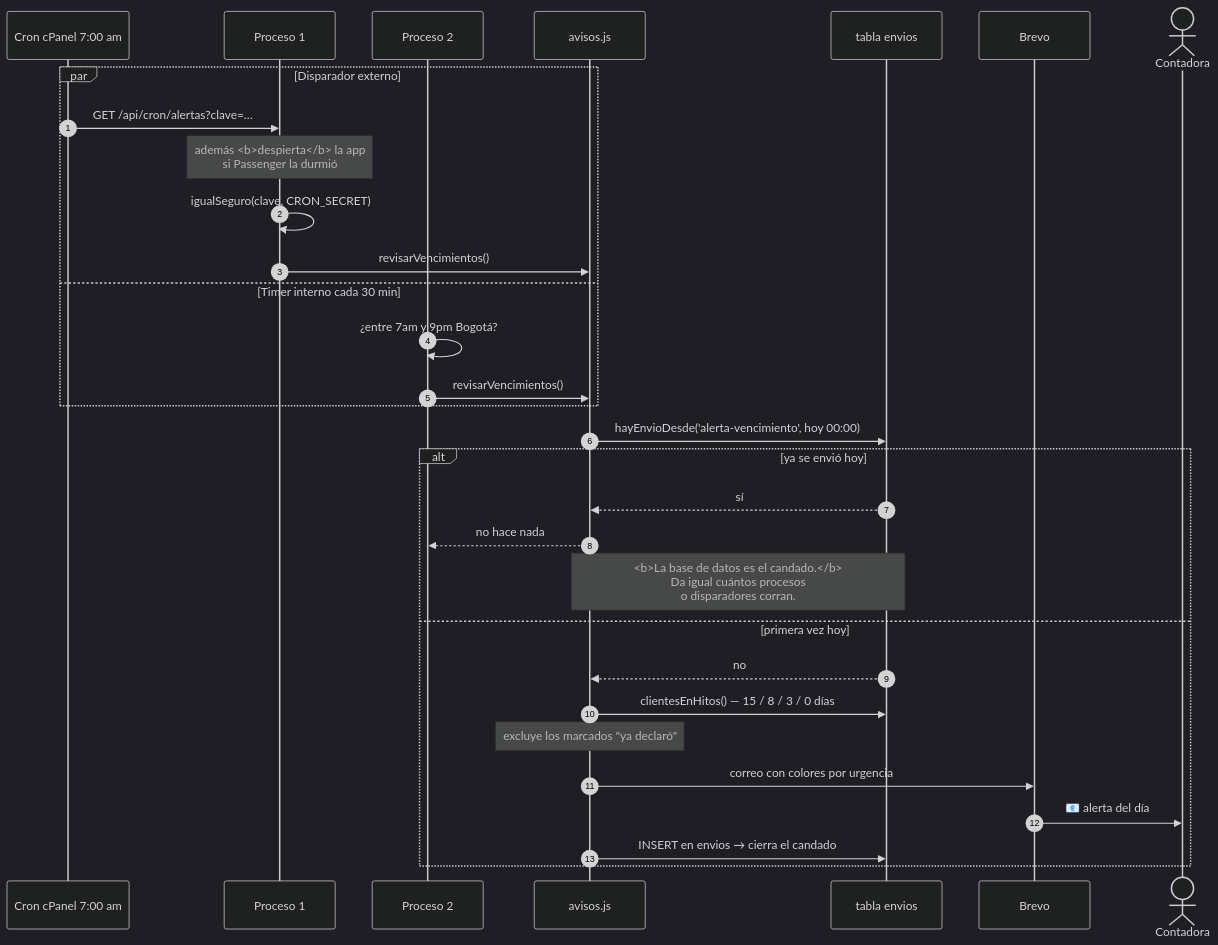
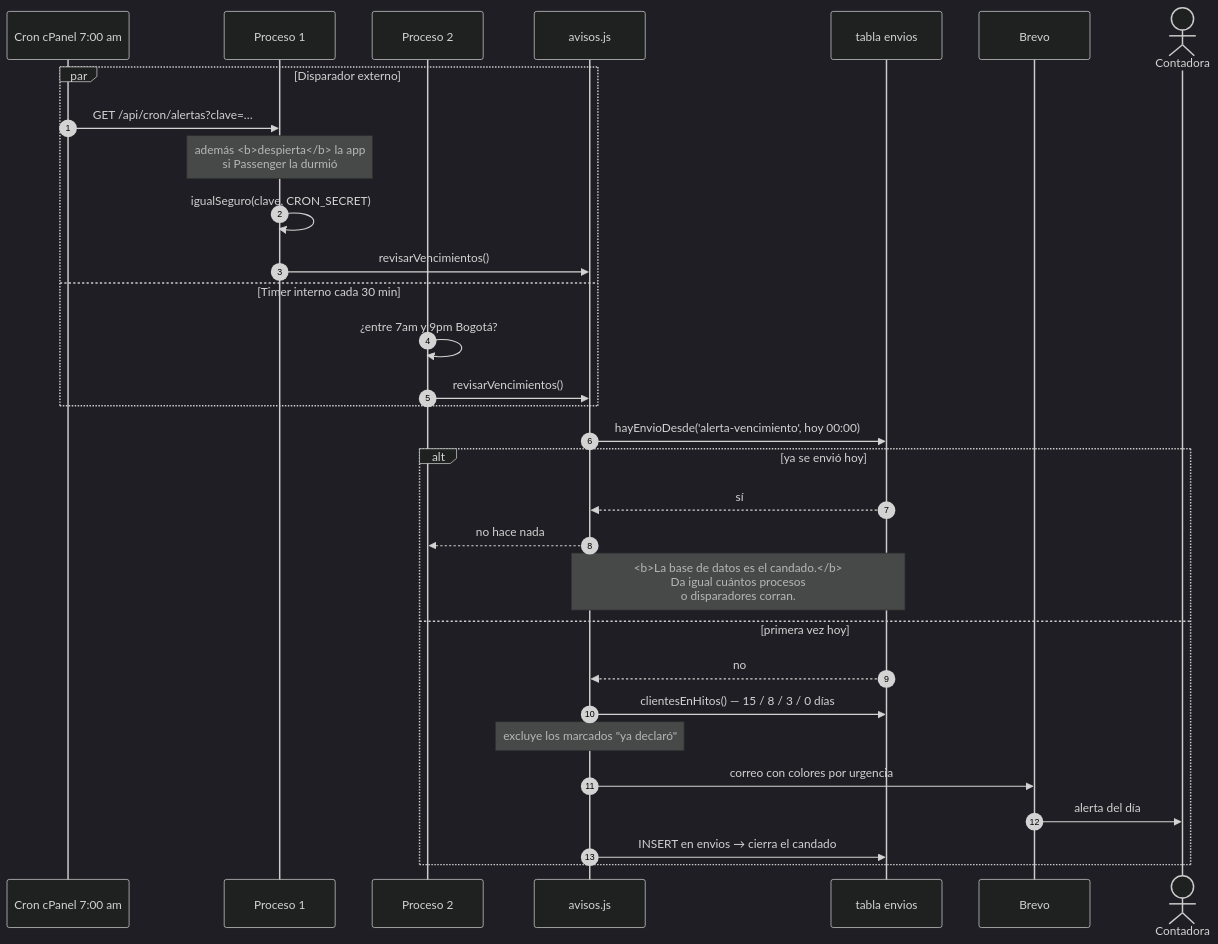
Before and after one commit to alexizher/portal-declaracion-renta: diagram 14 of 20 in docs/ARQUITECTURA.md, drawn with Mermaid (dark theme). The commit also changed other lines of this file and 3 other files, not shown here.

````diff
--- a/docs/ARQUITECTURA.md
+++ b/docs/ARQUITECTURA.md
@@ -837,35 +837,35 @@
 ```mermaid
 sequenceDiagram
     autonumber
     participant CR as Cron cPanel 7:00 am
     participant P1 as Proceso 1
     participant P2 as Proceso 2
     participant AV as avisos.js
     participant D as tabla envios
     participant B as Brevo
     actor CO as Contadora
 
     par Disparador externo
         CR->>P1: GET /api/cron/alertas?clave=…
         Note over P1: además <b>despierta</b> la app<br/>si Passenger la durmió
         P1->>P1: igualSeguro(clave, CRON_SECRET)
         P1->>AV: revisarVencimientos()
     and Timer interno cada 30 min
         P2->>P2: ¿entre 7am y 9pm Bogotá?
         P2->>AV: revisarVencimientos()
     end
 
     AV->>D: hayEnvioDesde('alerta-vencimiento', hoy 00:00)
     alt ya se envió hoy
         D-->>AV: sí
         AV-->>P2: no hace nada
         Note over AV,D: <b>La base de datos es el candado.</b><br/>Da igual cuántos procesos<br/>o disparadores corran.
     else primera vez hoy
         D-->>AV: no
         AV->>D: clientesEnHitos() — 15 / 8 / 3 / 0 días
         Note over AV: excluye los marcados "ya declaró"
         AV->>B: correo con colores por urgencia
-        B->>CO: 📧 alerta del día
+        B->>CO: alerta del día
         AV->>D: INSERT en envios → cierra el candado
     end
 ```
````
